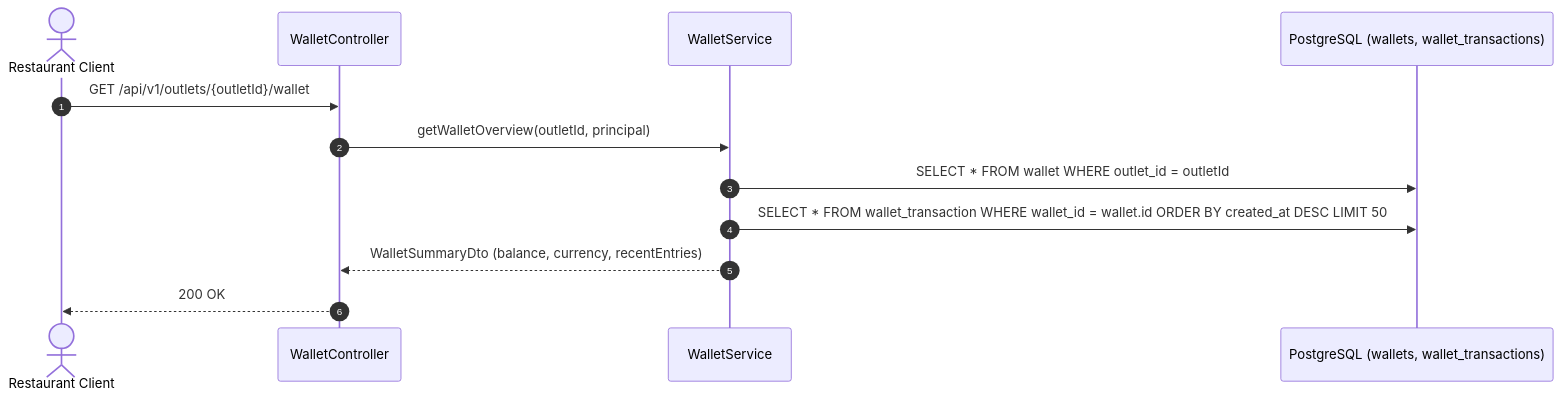
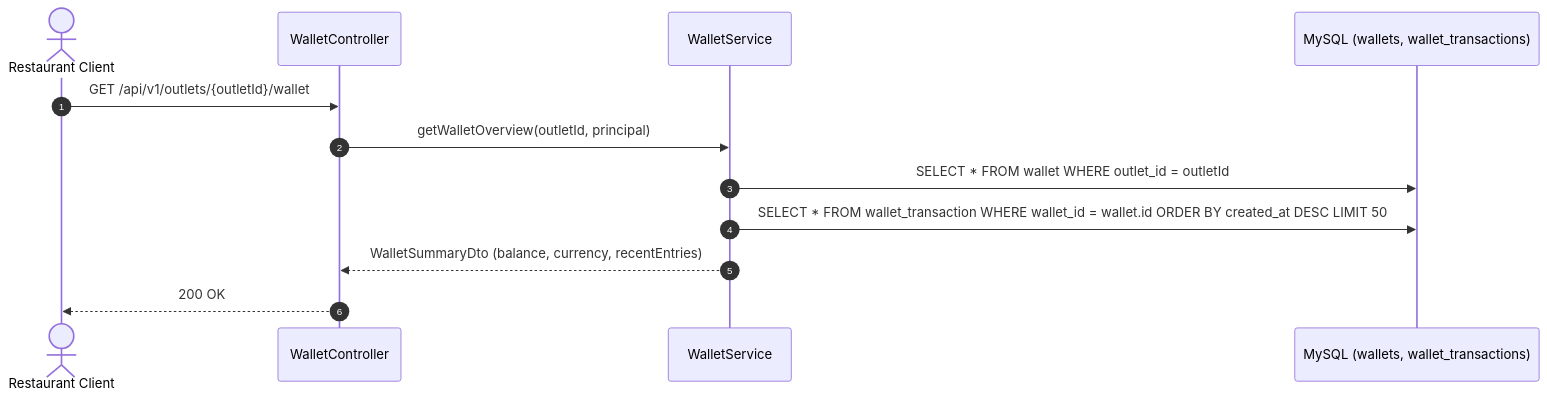
One commit to narasimha-reddy/costonomy-mp-api changed the fifth of 8 diagrams in docs/architecture/sequence-diagrams/01-payment-and-wallet.md. Above: the diagram before and after it, drawn with Mermaid. The commit also changed other lines of this file and 19 other files, not shown here.

First line of the commit message:
docs(delivery): current state, diagrams, decisions D-204 to D-207, changelog and traceability

````diff
--- a/docs/architecture/sequence-diagrams/01-payment-and-wallet.md
+++ b/docs/architecture/sequence-diagrams/01-payment-and-wallet.md
@@ -147,15 +149,15 @@
 ```mermaid
 sequenceDiagram
     autonumber
     actor Client as Restaurant Client
     participant WC as WalletController
     participant WS as WalletService
-    participant DB as PostgreSQL (wallets, wallet_transactions)
+    participant DB as MySQL (wallets, wallet_transactions)
 
     Client->>WC: GET /api/v1/outlets/{outletId}/wallet
     WC->>WS: getWalletOverview(outletId, principal)
     WS->>DB: SELECT * FROM wallet WHERE outlet_id = outletId
     WS->>DB: SELECT * FROM wallet_transaction WHERE wallet_id = wallet.id ORDER BY created_at DESC LIMIT 50
     WS-->>WC: WalletSummaryDto (balance, currency, recentEntries)
     WC-->>Client: 200 OK
 ```
````
